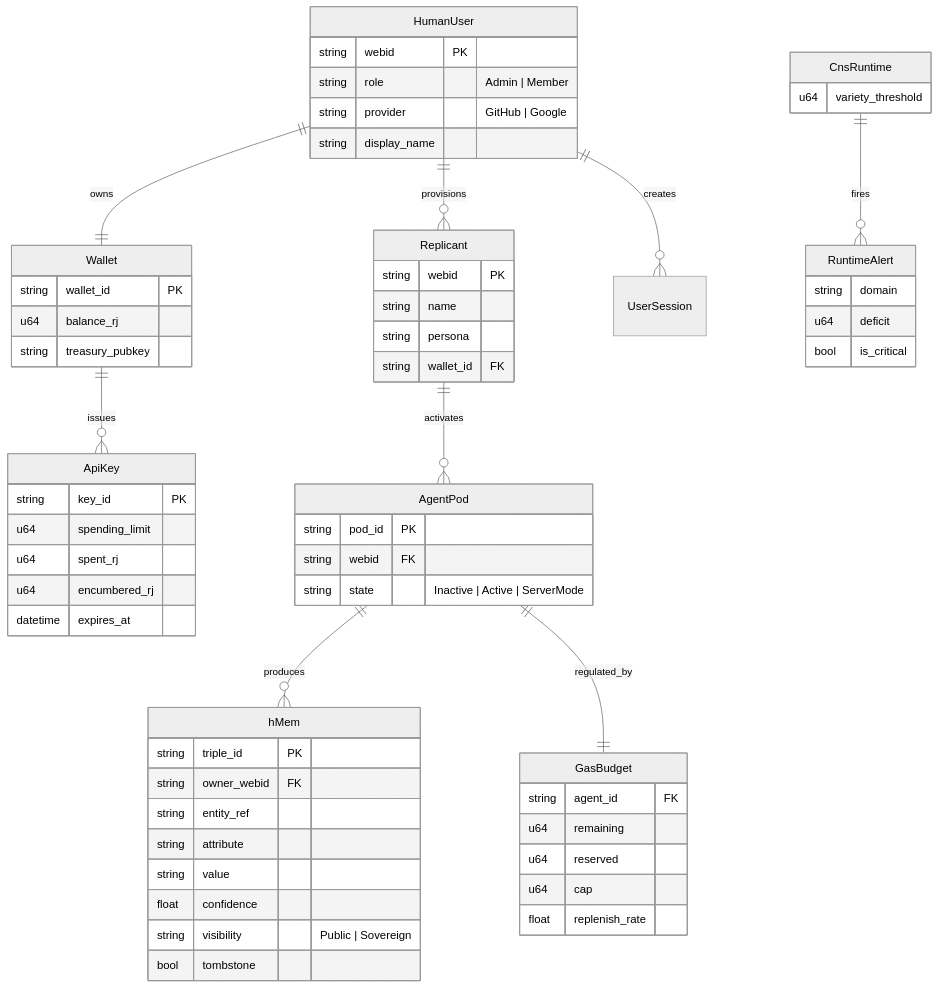
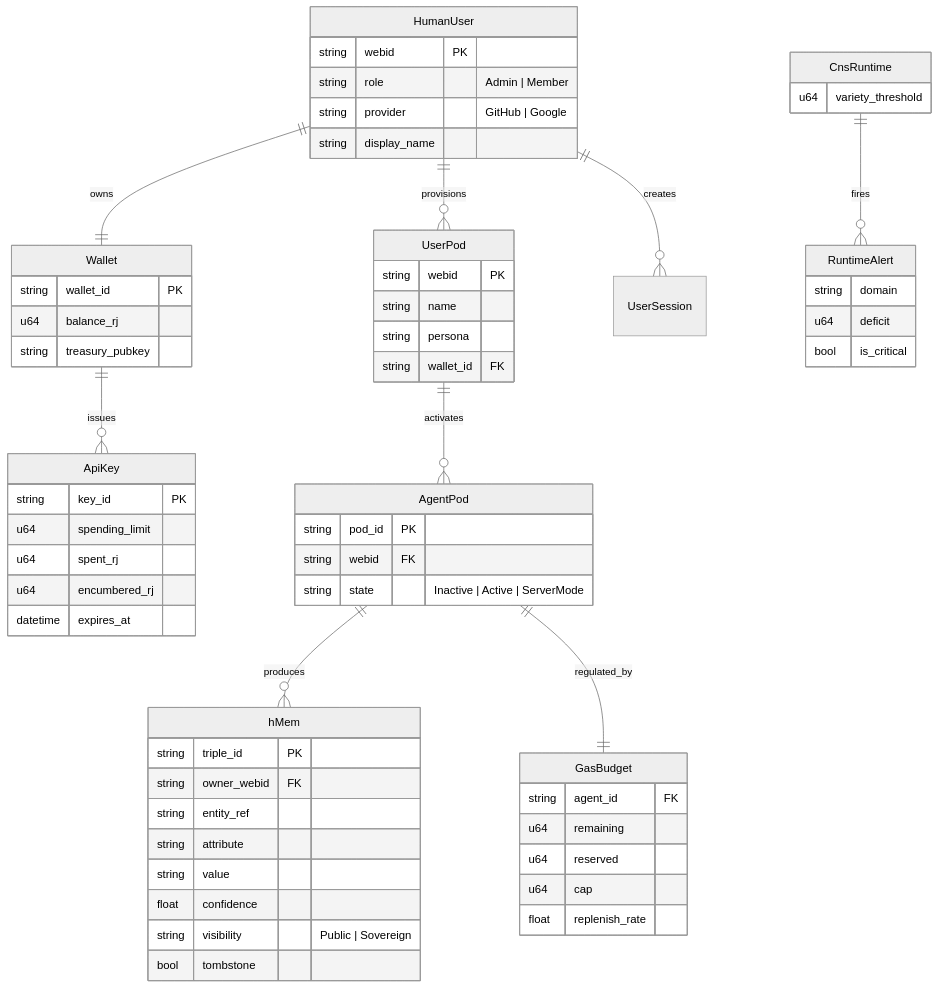
Before and after one commit to mdz-axo/hKask: diagram 12 of 14 in docs/architecture/core/FUNCTIONAL_SPECIFICATION.md, drawn with Mermaid (neutral theme). The commit also changed other lines of this file and 109 other files, not shown here.

First line of the commit message:
``` Rename Replicant to UserPod and CNS to regulation

````diff
--- a/docs/architecture/core/FUNCTIONAL_SPECIFICATION.md
+++ b/docs/architecture/core/FUNCTIONAL_SPECIFICATION.md
@@ -1627,65 +1627,65 @@
 ```mermaid
 erDiagram
-    HumanUser ||--o{ Replicant : provisions
+    HumanUser ||--o{ UserPod : provisions
     HumanUser ||--|| Wallet : owns
     HumanUser ||--o{ UserSession : creates
     HumanUser {
         string webid PK
         string role "Admin | Member"
         string provider "GitHub | Google"
         string display_name
     }
-    Replicant {
+    UserPod {
         string webid PK
         string name
         string persona
         string wallet_id FK
     }
     Wallet {
         string wallet_id PK
         u64 balance_rj
         string treasury_pubkey
     }
     Wallet ||--o{ ApiKey : issues
     ApiKey {
         string key_id PK
         u64 spending_limit
         u64 spent_rj
         u64 encumbered_rj
         datetime expires_at
     }
-    Replicant ||--o{ AgentPod : activates
+    UserPod ||--o{ AgentPod : activates
     AgentPod {
         string pod_id PK
         string webid FK
         string state "Inactive | Active | ServerMode"
     }
     AgentPod ||--o{ hMem : produces
     hMem {
         string triple_id PK
         string owner_webid FK
         string entity_ref
         string attribute
         string value
         float confidence
         string visibility "Public | Sovereign"
         bool tombstone
     }
     AgentPod ||--|| GasBudget : regulated_by
     GasBudget {
         string agent_id FK
         u64 remaining
         u64 reserved
         u64 cap
         float replenish_rate
     }
     CnsRuntime ||--o{ RuntimeAlert : fires
     CnsRuntime {
         u64 variety_threshold
     }
     RuntimeAlert {
         string domain
         u64 deficit
         bool is_critical
     }
 ```
````
